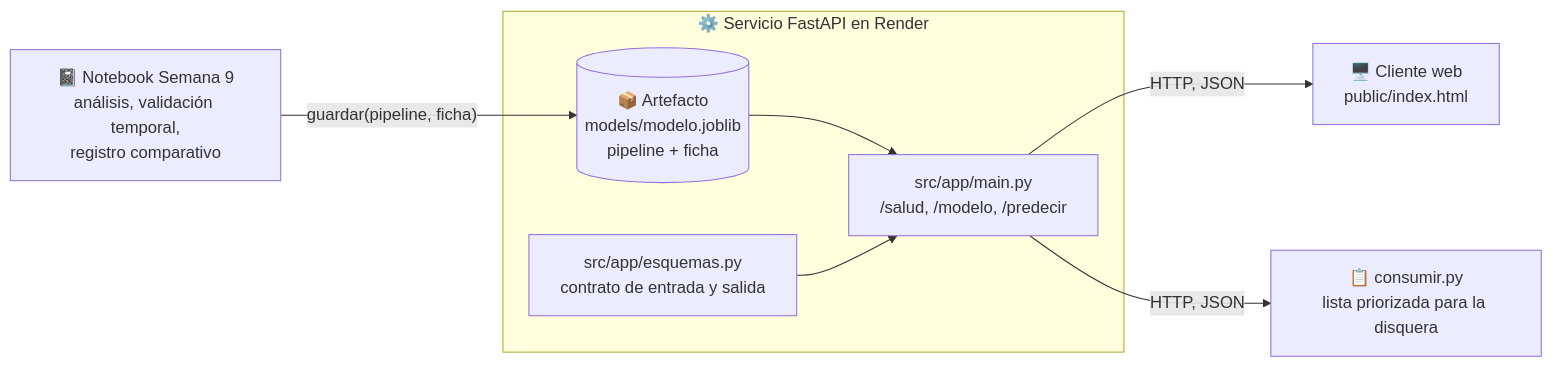
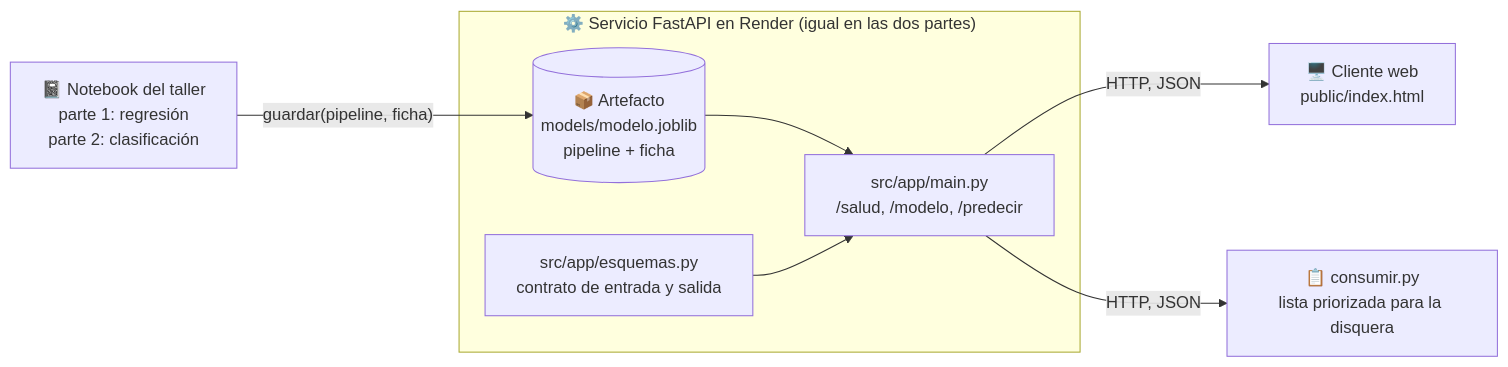
The diagram in README.md (ebuitrago/demo-reg-clas-canciones), drawn with Mermaid before and after one commit. The commit also changed other lines of this file, not shown here.

````diff
--- a/README.md
+++ b/README.md
@@ -28,10 +48,10 @@
 ```mermaid
 flowchart LR
-    N["📓 Notebook Semana 9<br/>análisis, validación temporal,<br/>registro comparativo"] -- "guardar(pipeline, ficha)" --> A
-    subgraph S["⚙️ Servicio FastAPI en Render"]
+    N["📓 Notebook del taller<br/>parte 1: regresión<br/>parte 2: clasificación"] -- "guardar(pipeline, ficha)" --> A
+    subgraph S["⚙️ Servicio FastAPI en Render (igual en las dos partes)"]
         A[("📦 Artefacto<br/>models/modelo.joblib<br/>pipeline + ficha")] --> M["src/app/main.py<br/>/salud, /modelo, /predecir"]
         E["src/app/esquemas.py<br/>contrato de entrada y salida"] --> M
     end
     M -- "HTTP, JSON" --> C["🖥️ Cliente web<br/>public/index.html"]
     M -- "HTTP, JSON" --> L["📋 consumir.py<br/>lista priorizada para la disquera"]
 ```
````
